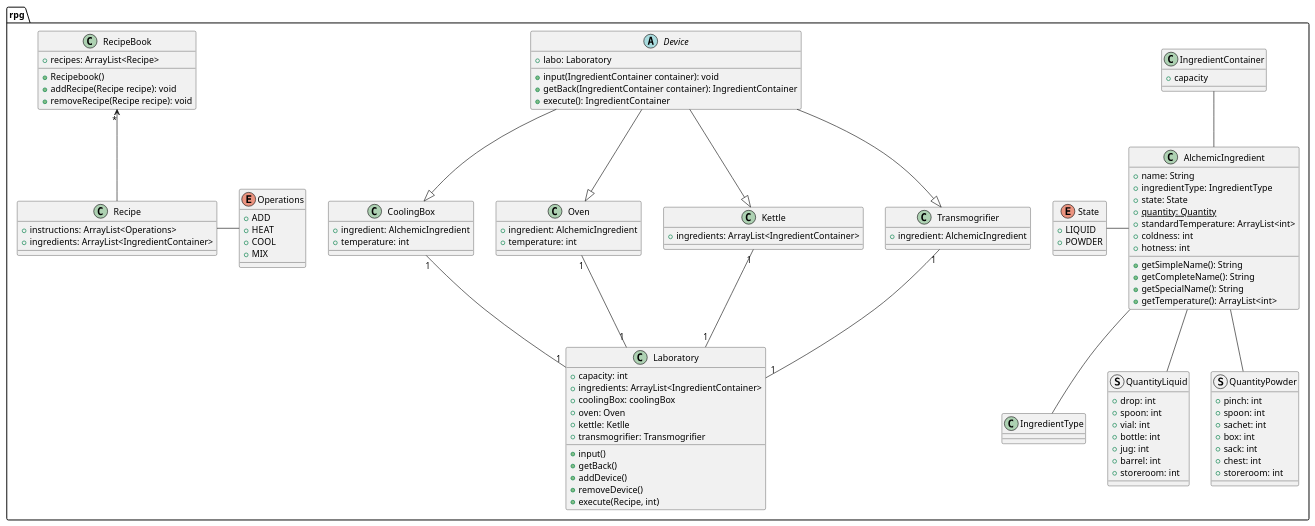
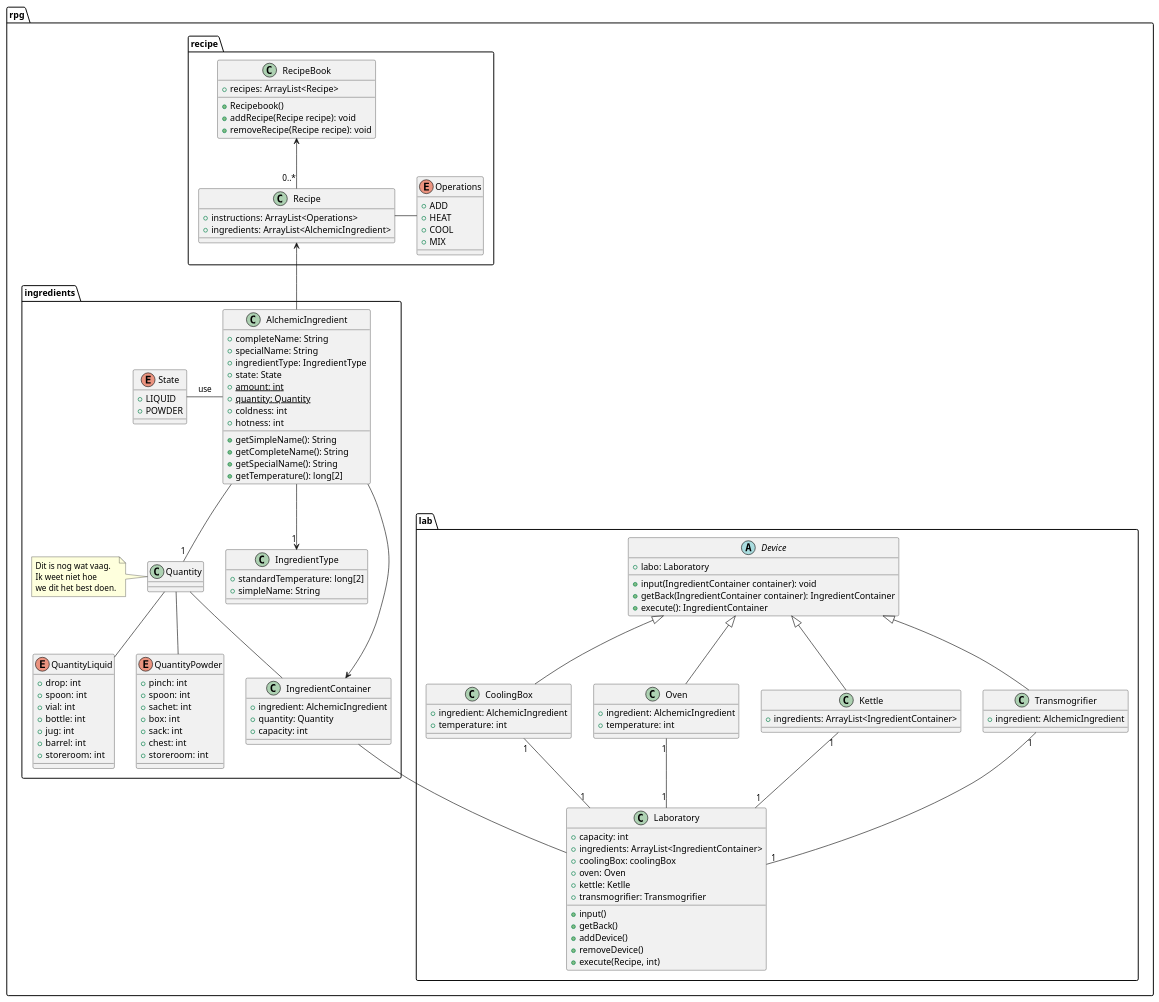
Before and after one commit to vanschependom/KULAK_ogp-examenproject: the diagram in class-diagram/flor.puml, drawn with PlantUML.

Commit message:
Aanpassing aan eigen UML

```diff
--- a/class-diagram/flor.puml
+++ b/class-diagram/flor.puml
@@ -1,135 +1,154 @@
 @startuml
 
 package rpg {
 
+package ingredients {
+
 class IngredientType {
-
++ standardTemperature: long[2]
++ simpleName: String
 }
 
 class AlchemicIngredient {
-+ name: String
++ completeName: String
++ specialName: String
 + ingredientType: IngredientType
 + state: State
++ {static} amount: int
 + {static} quantity: Quantity
-+ standardTemperature: ArrayList<int>
 + coldness: int
 + hotness: int
 
 + getSimpleName(): String
 + getCompleteName(): String
 + getSpecialName(): String
-+ getTemperature(): ArrayList<int>
++ getTemperature(): long[2]
 }
 
 class IngredientContainer {
-+ capacity
++ ingredient: AlchemicIngredient
++ quantity: Quantity
++ capacity: int
 }
 
-struct QuantityLiquid {
+class Quantity {
+}
+
+enum QuantityLiquid {
 + drop: int
 + spoon: int
 + vial: int
 + bottle: int
 + jug: int
 + barrel: int
 + storeroom: int
 }
 
-struct QuantityPowder {
+enum State {
++ LIQUID
++ POWDER
+}
+
+enum QuantityPowder {
 + pinch: int
 + spoon: int
 + sachet: int
 + box: int
 + sack: int
 + chest: int
 + storeroom: int
 }
 
-IngredientContainer -- AlchemicIngredient
-AlchemicIngredient -- IngredientType
-AlchemicIngredient -- QuantityLiquid
-AlchemicIngredient -- QuantityPowder
-State - AlchemicIngredient
+IngredientContainer <-- AlchemicIngredient
+AlchemicIngredient --> "1" IngredientType
+AlchemicIngredient -- "1" Quantity
+Quantity -- QuantityLiquid
+Quantity -- QuantityPowder
+Quantity -- IngredientContainer
+State - AlchemicIngredient : use
+
+note left of Quantity: Dit is nog wat vaag. \nIk weet niet hoe \nwe dit het best doen.
+}
+
+package lab {
 
 abstract Device {
 + labo: Laboratory
 
 + input(IngredientContainer container): void
 + getBack(IngredientContainer container): IngredientContainer
 + execute(): IngredientContainer
 }
 
-Device --|> CoolingBox
-Device --|> Oven
-Device --|> Kettle
-Device --|> Transmogrifier
-
-class CoolingBox {
+class CoolingBox extends Device {
 + ingredient: AlchemicIngredient
 + temperature: int
 }
 
-class Oven {
+class Oven extends Device {
 + ingredient: AlchemicIngredient
 + temperature: int
 }
 
-class Kettle {
+class Kettle extends Device {
 + ingredients: ArrayList<IngredientContainer>
 }
 
-class Transmogrifier {
+class Transmogrifier extends Device {
 + ingredient: AlchemicIngredient
 }
 
 class Laboratory {
 + capacity: int
 + ingredients: ArrayList<IngredientContainer>
 + coolingBox: coolingBox
 + oven: Oven
 + kettle: Ketlle
 + transmogrifier: Transmogrifier
 
 + input()
 + getBack()
 + addDevice()
 + removeDevice()
 + execute(Recipe, int)
 }
 
 CoolingBox "1" -- "1" Laboratory
 Oven "1" -- "1" Laboratory
 Kettle "1" -- "1" Laboratory
 Transmogrifier "1" -- "1" Laboratory
 
-enum State {
-+ LIQUID
-+ POWDER
 }
+
+IngredientContainer -- Laboratory
+
+package recipe {
 
 enum Operations {
 + ADD
 + HEAT
 + COOL
 + MIX
 }
 
 class Recipe {
 + instructions: ArrayList<Operations>
-+ ingredients: ArrayList<IngredientContainer>
++ ingredients: ArrayList<AlchemicIngredient>
 }
 
 class RecipeBook {
 + recipes: ArrayList<Recipe>
 
 + Recipebook()
 + addRecipe(Recipe recipe): void
 + removeRecipe(Recipe recipe): void
 }
 
-RecipeBook "*" <--  Recipe
+RecipeBook <-- "0..*" Recipe
 Recipe - Operations
+Recipe <-- AlchemicIngredient
 
+}
 }
 
 @enduml
```
